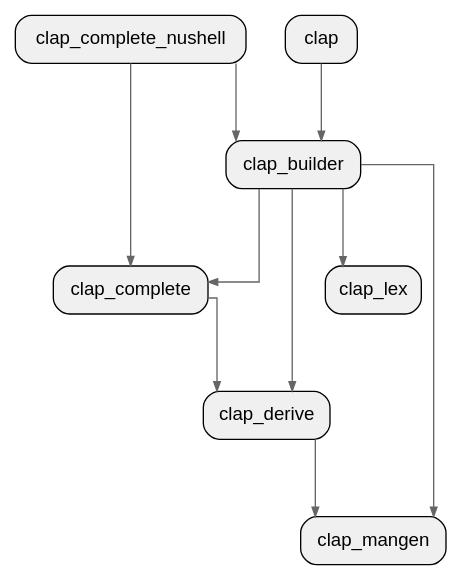
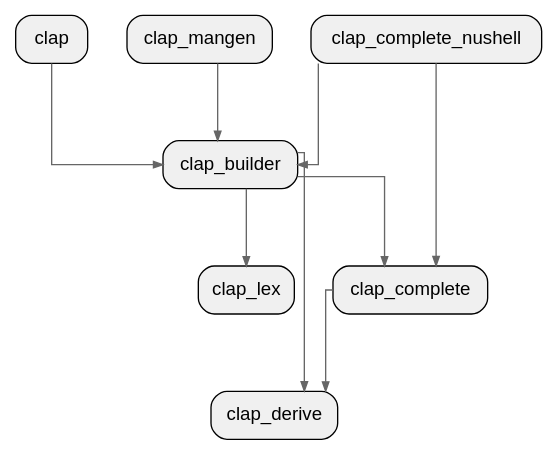
Before and after one commit to allenanswerzq/llmcc: the diagram in sample/clap/depth_1_crate.dot, drawn with Graphviz. The commit also changed 194 other files, not shown here.

```diff
--- a/sample/clap/depth_1_crate.dot
+++ b/sample/clap/depth_1_crate.dot
@@ -1,33 +1,32 @@
 digraph architecture {
   // Layout settings
   rankdir=TB;
   ranksep=0.8;
   nodesep=0.4;
   splines=ortho;
   concentrate=true;
 
   node [shape=box, style="rounded,filled", fillcolor="#f0f0f0", fontname="Helvetica"];
   edge [color="#666666", arrowsize=0.7];
 
   labelloc=t;
   fontsize=16;
   fontname="Helvetica Bold";
 
   crate_clap[label="clap"];
   crate_clap_builder[label="clap_builder"];
   crate_clap_complete[label="clap_complete"];
   crate_clap_complete_nushell[label="clap_complete_nushell"];
   crate_clap_derive[label="clap_derive"];
   crate_clap_lex[label="clap_lex"];
   crate_clap_mangen[label="clap_mangen"];
 
   crate_clap -> crate_clap_builder;
   crate_clap_builder -> crate_clap_complete;
   crate_clap_builder -> crate_clap_derive;
   crate_clap_builder -> crate_clap_lex;
-  crate_clap_builder -> crate_clap_mangen;
   crate_clap_complete -> crate_clap_derive;
   crate_clap_complete_nushell -> crate_clap_builder;
   crate_clap_complete_nushell -> crate_clap_complete;
-  crate_clap_derive -> crate_clap_mangen;
+  crate_clap_mangen -> crate_clap_builder;
 }
```
